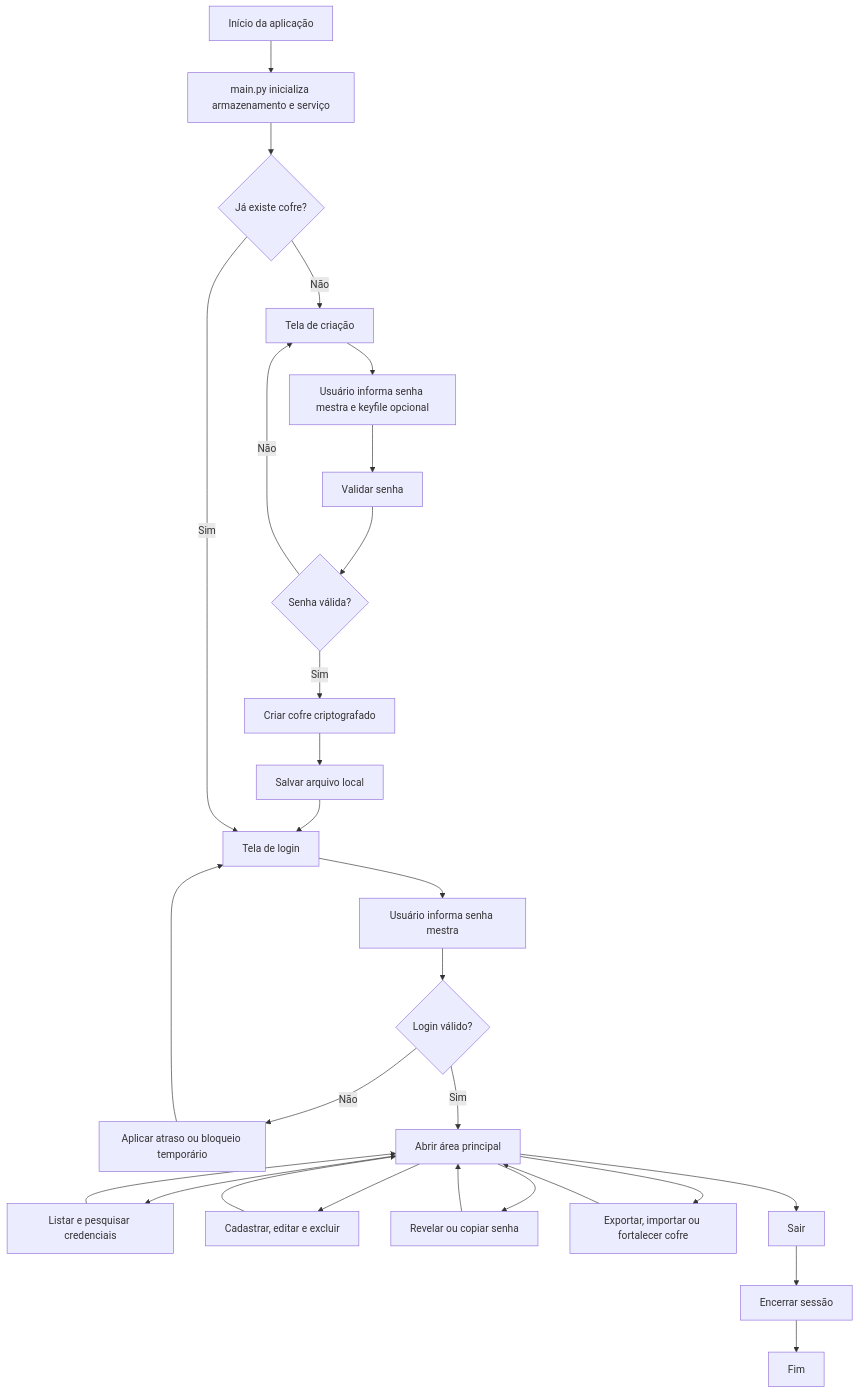
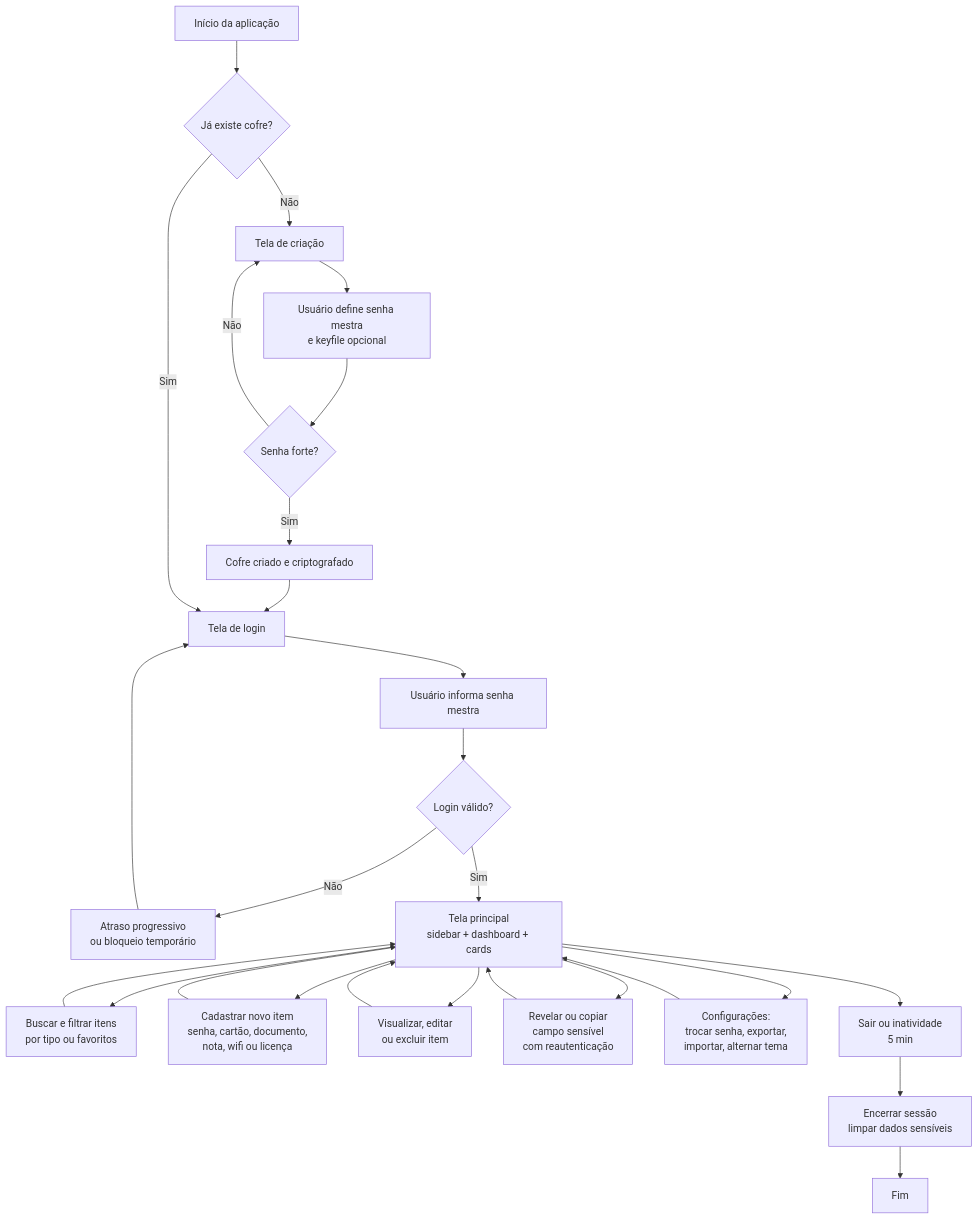
Before and after one commit to LCGant/cofre-seguro: the diagram in docs/fluxograma_simples.md, drawn with Mermaid. The commit also changed other lines of this file and 4 other files, not shown here.

````diff
--- a/docs/fluxograma_simples.md
+++ b/docs/fluxograma_simples.md
@@ -5,36 +5,35 @@
 ```mermaid
+flowchart TD
+    A[Início da aplicação] --> B{Já existe cofre?}
 
-flowchart TD
-    A[Início da aplicação] --> B[main.py inicializa armazenamento e serviço]
-    B --> C{Já existe cofre?}
+    B -- Não --> C[Tela de criação]
+    C --> D[Usuário define senha mestra<br/>e keyfile opcional]
+    D --> E{Senha forte?}
+    E -- Não --> C
+    E -- Sim --> F[Cofre criado e criptografado]
+    F --> G[Tela de login]
 
-    C -- Não --> D[Tela de criação]
-    D --> E[Usuário informa senha mestra e keyfile opcional]
-    E --> F[Validar senha]
-    F --> G{Senha válida?}
-    G -- Não --> D
-    G -- Sim --> H[Criar cofre criptografado]
-    H --> I[Salvar arquivo local]
-    I --> J[Tela de login]
+    B -- Sim --> G
 
-    C -- Sim --> J[Tela de login]
+    G --> H[Usuário informa senha mestra]
+    H --> I{Login válido?}
+    I -- Não --> J[Atraso progressivo<br/>ou bloqueio temporário]
+    J --> G
+    I -- Sim --> K[Tela principal<br/>sidebar + dashboard + cards]
 
-    J --> K[Usuário informa senha mestra]
-    K --> L{Login válido?}
-    L -- Não --> M[Aplicar atraso ou bloqueio temporário]
-    M --> J
-    L -- Sim --> N[Abrir área principal]
+    K --> L[Buscar e filtrar itens<br/>por tipo ou favoritos]
+    K --> M[Cadastrar novo item<br/>senha, cartão, documento,<br/>nota, wifi ou licença]
+    K --> N[Visualizar, editar<br/>ou excluir item]
+    K --> O[Revelar ou copiar<br/>campo sensível<br/>com reautenticação]
+    K --> P[Configurações:<br/>trocar senha, exportar,<br/>importar, alternar tema]
+    K --> Q[Sair ou inatividade<br/>5 min]
 
-    N --> O[Listar e pesquisar credenciais]
-    N --> P[Cadastrar, editar e excluir]
-    N --> Q[Revelar ou copiar senha]
-    N --> R[Exportar, importar ou fortalecer cofre]
-    N --> S[Sair]
-    O --> N
-    P --> N
-    Q --> N
-    R --> N
-    
-    S --> T[Encerrar sessão]
-    T --> U[Fim]
+    L --> K
+    M --> K
+    N --> K
+    O --> K
+    P --> K
+
+    Q --> R[Encerrar sessão<br/>limpar dados sensíveis]
+    R --> S[Fim]
 ```
````
